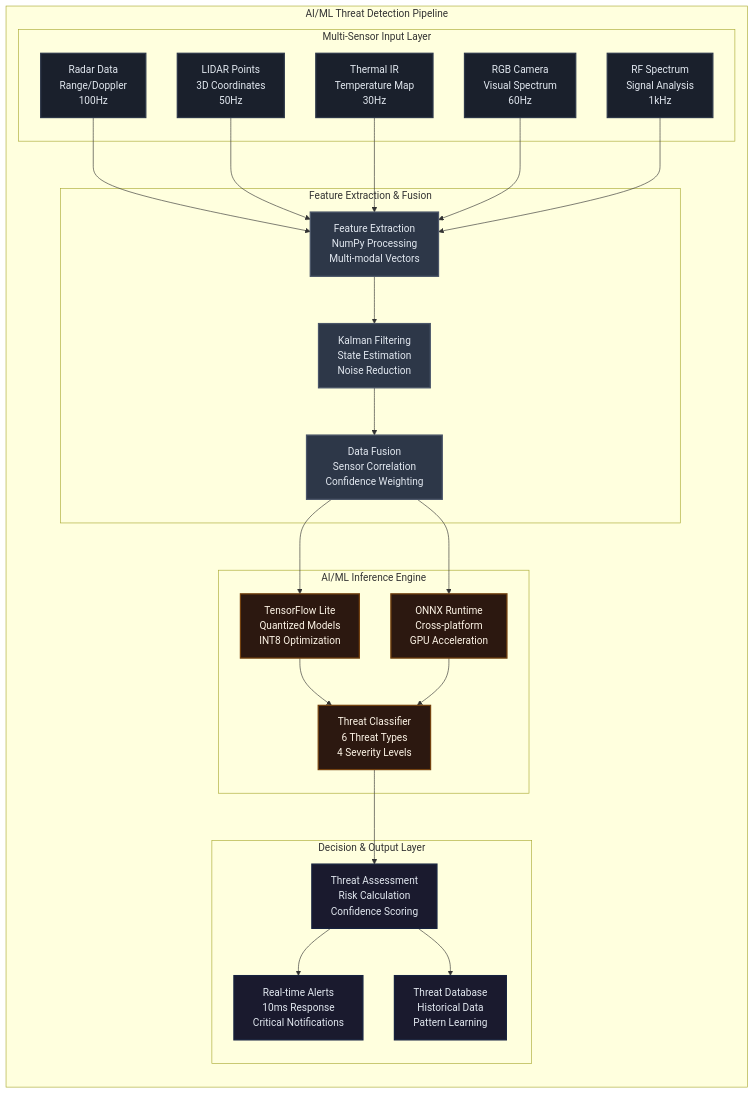
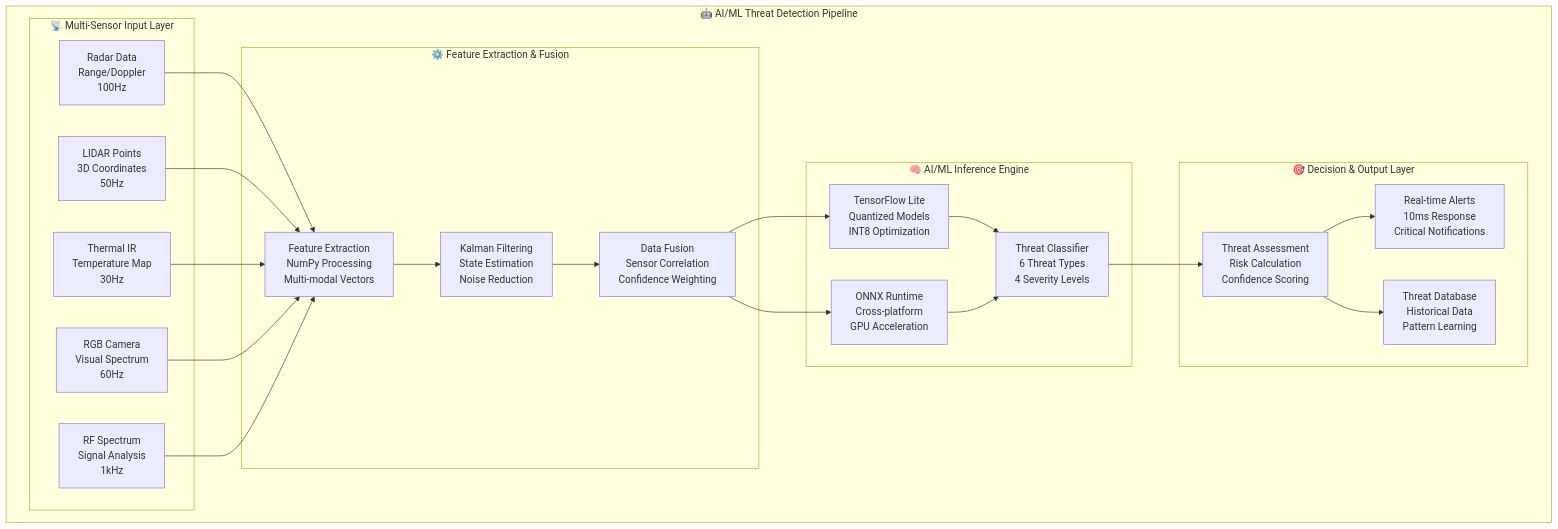
Before and after one commit to hkevin01/AEGIS-SE: the fourth of 5 diagrams in README.md, drawn with Mermaid. The commit also changed other lines of this file and 1 other file, not shown here.

Commit message:
Refactor technology stack documentation: update mindmap, add development environment and integration flow sections for clarity and completeness

````diff
--- a/README.md
+++ b/README.md
@@ -438,57 +441,48 @@
 ```mermaid
 flowchart TD
-    %% Dark theme styles for AI/ML components
-    classDef sensorClass fill:#1a202c,stroke:#2d3748,stroke-width:2px,color:#e2e8f0
-    classDef processClass fill:#2d3748,stroke:#4a5568,stroke-width:2px,color:#e2e8f0
-    classDef aiClass fill:#2c1810,stroke:#744210,stroke-width:2px,color:#fef5e7
-    classDef outputClass fill:#1a1a2e,stroke:#16213e,stroke-width:2px,color:#e2e8f0
-
-    subgraph AIML ["AI/ML Threat Detection Pipeline"]
-        direction TD
-
-        subgraph SENSORS ["Multi-Sensor Input Layer"]
-            RADAR_IN[Radar Data<br/>Range/Doppler<br/>100Hz]:::sensorClass
-            LIDAR_IN[LIDAR Points<br/>3D Coordinates<br/>50Hz]:::sensorClass
-            THERMAL_IN[Thermal IR<br/>Temperature Map<br/>30Hz]:::sensorClass
-            OPTICAL_IN[RGB Camera<br/>Visual Spectrum<br/>60Hz]:::sensorClass
-            RF_IN[RF Spectrum<br/>Signal Analysis<br/>1kHz]:::sensorClass
+    subgraph AIML ["🤖 AI/ML Threat Detection Pipeline"]
+        subgraph SENSORS ["📡 Multi-Sensor Input Layer"]
+            RADAR_IN["Radar Data<br/>Range/Doppler<br/>100Hz"]
+            LIDAR_IN["LIDAR Points<br/>3D Coordinates<br/>50Hz"]
+            THERMAL_IN["Thermal IR<br/>Temperature Map<br/>30Hz"]
+            OPTICAL_IN["RGB Camera<br/>Visual Spectrum<br/>60Hz"]
+            RF_IN["RF Spectrum<br/>Signal Analysis<br/>1kHz"]
         end
 
-        subgraph FUSION ["Feature Extraction & Fusion"]
-            FEAT_EXT[Feature Extraction<br/>NumPy Processing<br/>Multi-modal Vectors]:::processClass
-            KALMAN[Kalman Filtering<br/>State Estimation<br/>Noise Reduction]:::processClass
-            DATA_FUSION[Data Fusion<br/>Sensor Correlation<br/>Confidence Weighting]:::processClass
+        subgraph FUSION ["⚙️ Feature Extraction & Fusion"]
+            FEAT_EXT["Feature Extraction<br/>NumPy Processing<br/>Multi-modal Vectors"]
+            KALMAN["Kalman Filtering<br/>State Estimation<br/>Noise Reduction"]
+            DATA_FUSION["Data Fusion<br/>Sensor Correlation<br/>Confidence Weighting"]
         end
 
-        subgraph INFERENCE ["AI/ML Inference Engine"]
-            TF_LITE[TensorFlow Lite<br/>Quantized Models<br/>INT8 Optimization]:::aiClass
-            ONNX_RT[ONNX Runtime<br/>Cross-platform<br/>GPU Acceleration]:::aiClass
-            CLASSIFIER[Threat Classifier<br/>6 Threat Types<br/>4 Severity Levels]:::aiClass
+        subgraph INFERENCE ["🧠 AI/ML Inference Engine"]
+            TF_LITE["TensorFlow Lite<br/>Quantized Models<br/>INT8 Optimization"]
+            ONNX_RT["ONNX Runtime<br/>Cross-platform<br/>GPU Acceleration"]
+            CLASSIFIER["Threat Classifier<br/>6 Threat Types<br/>4 Severity Levels"]
         end
 
-        subgraph OUTPUT ["Decision & Output Layer"]
-            THREAT_ASSESS[Threat Assessment<br/>Risk Calculation<br/>Confidence Scoring]:::outputClass
-            REAL_TIME[Real-time Alerts<br/>10ms Response<br/>Critical Notifications]:::outputClass
-            DATABASE[Threat Database<br/>Historical Data<br/>Pattern Learning]:::outputClass
+        subgraph OUTPUT ["🎯 Decision & Output Layer"]
+            THREAT_ASSESS["Threat Assessment<br/>Risk Calculation<br/>Confidence Scoring"]
+            REAL_TIME["Real-time Alerts<br/>10ms Response<br/>Critical Notifications"]
+            DATABASE["Threat Database<br/>Historical Data<br/>Pattern Learning"]
         end
     end
 
-    %% Data flow connections
     RADAR_IN --> FEAT_EXT
     LIDAR_IN --> FEAT_EXT
     THERMAL_IN --> FEAT_EXT
     OPTICAL_IN --> FEAT_EXT
     RF_IN --> FEAT_EXT
 
     FEAT_EXT --> KALMAN
     KALMAN --> DATA_FUSION
 
     DATA_FUSION --> TF_LITE
     DATA_FUSION --> ONNX_RT
     TF_LITE --> CLASSIFIER
     ONNX_RT --> CLASSIFIER
 
     CLASSIFIER --> THREAT_ASSESS
     THREAT_ASSESS --> REAL_TIME
     THREAT_ASSESS --> DATABASE
 ```
````
